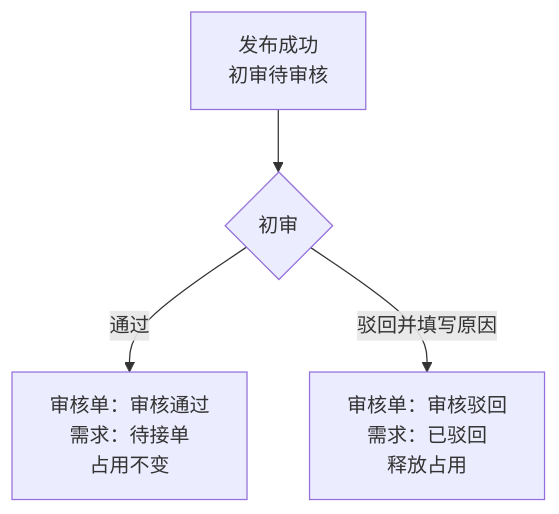
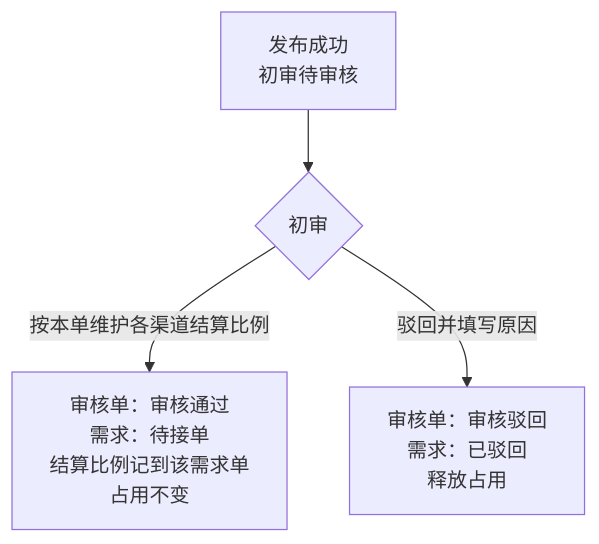
One commit to 342-droid/LFerp changed the fifth of 7 diagrams in RBT/docs/整体业务流程图.md. Above: the diagram before and after it, drawn with Mermaid. The commit also changed other lines of this file and 32 other files, not shown here.

````diff
--- a/RBT/docs/整体业务流程图.md
+++ b/RBT/docs/整体业务流程图.md
@@ -142,6 +140,6 @@
 ```mermaid
 flowchart TB
   R0[发布成功<br/>初审待审核] --> R1{初审}
-  R1 -->|通过| R2[审核单：审核通过<br/>需求：待接单<br/>占用不变]
+  R1 -->|按本单维护各渠道结算比例| R2[审核单：审核通过<br/>需求：待接单<br/>结算比例记到该需求单<br/>占用不变]
   R1 -->|驳回并填写原因| R3[审核单：审核驳回<br/>需求：已驳回<br/>释放占用]
 ```
````
